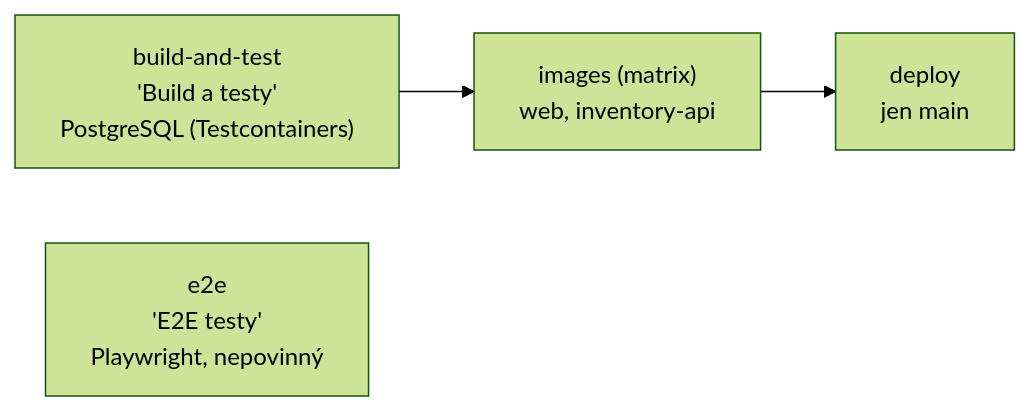
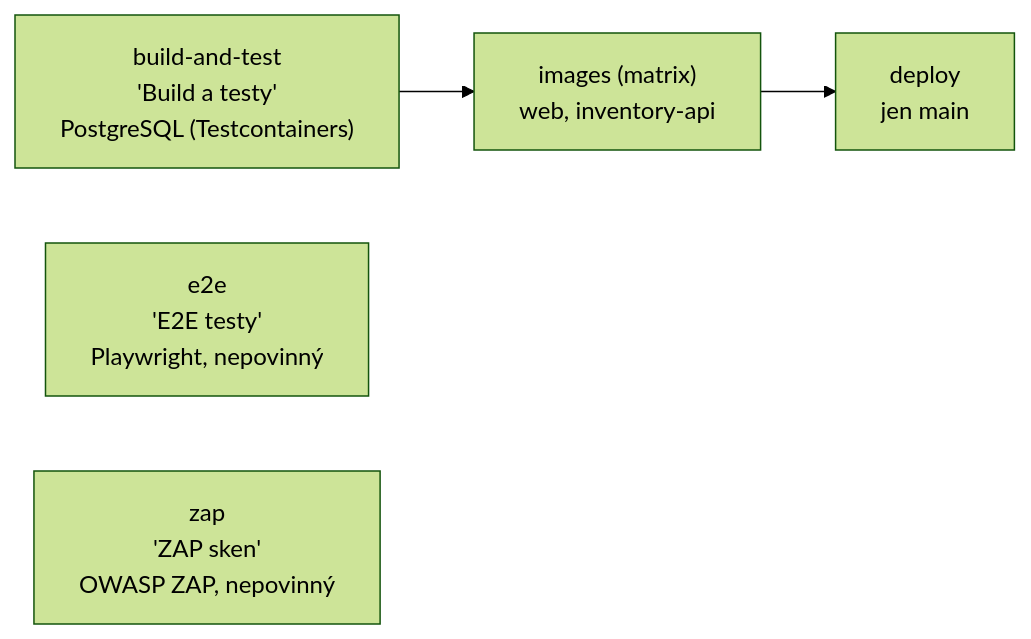
Before and after one commit to ftichy/MiniShop: the diagram in docs/prirucka/github/ci.md, drawn with Mermaid (forest theme). The commit also changed other lines of this file and 7 other files, not shown here.

First line of the commit message:
ÚČTY 11D: OWASP ZAP baseline sken v CI (část C zadání #94)

````diff
--- a/docs/prirucka/github/ci.md
+++ b/docs/prirucka/github/ci.md
@@ -14,8 +14,9 @@
 ```mermaid
 flowchart LR
     t["build-and-test<br/>'Build a testy'<br/>PostgreSQL (Testcontainers)"] --> i["images (matrix)<br/>web, inventory-api"]
     i --> d["deploy<br/>jen main"]
     e["e2e<br/>'E2E testy'<br/>Playwright, nepovinný"]
+    z["zap<br/>'ZAP sken'<br/>OWASP ZAP, nepovinný"]
 
     click d "/Docs/github/cd"
 ```
````
